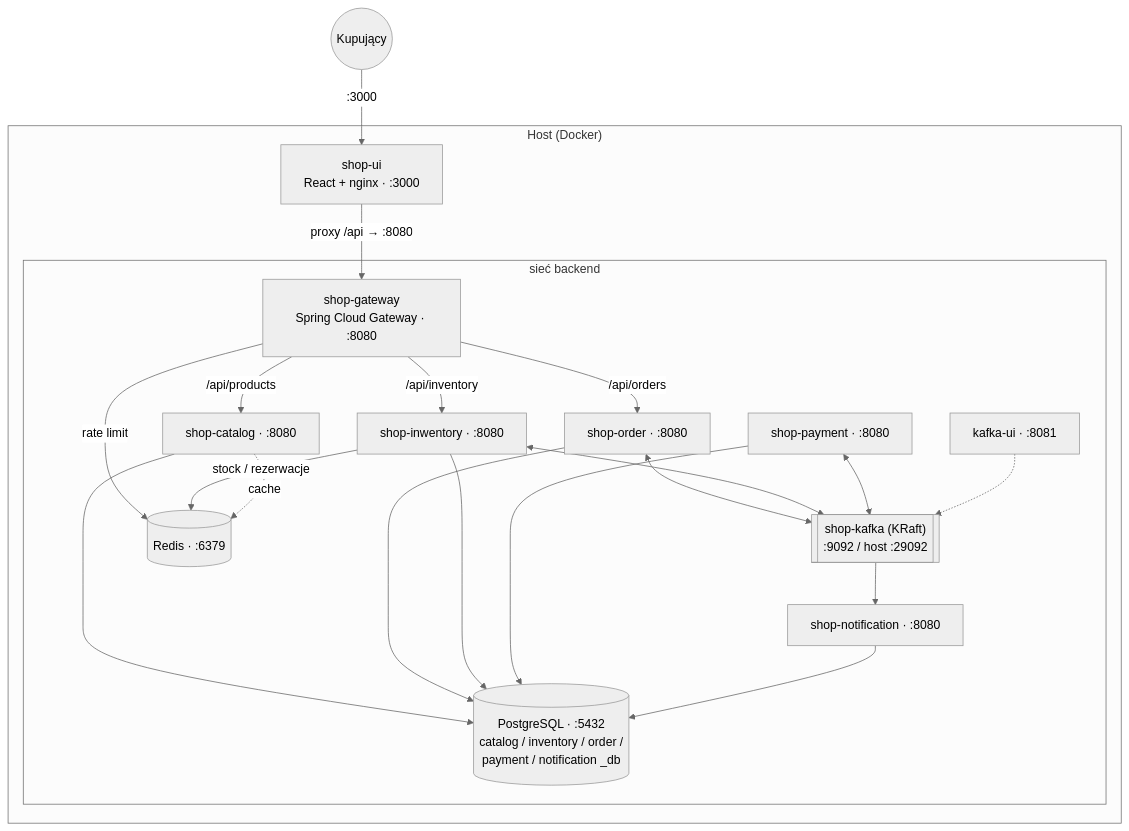
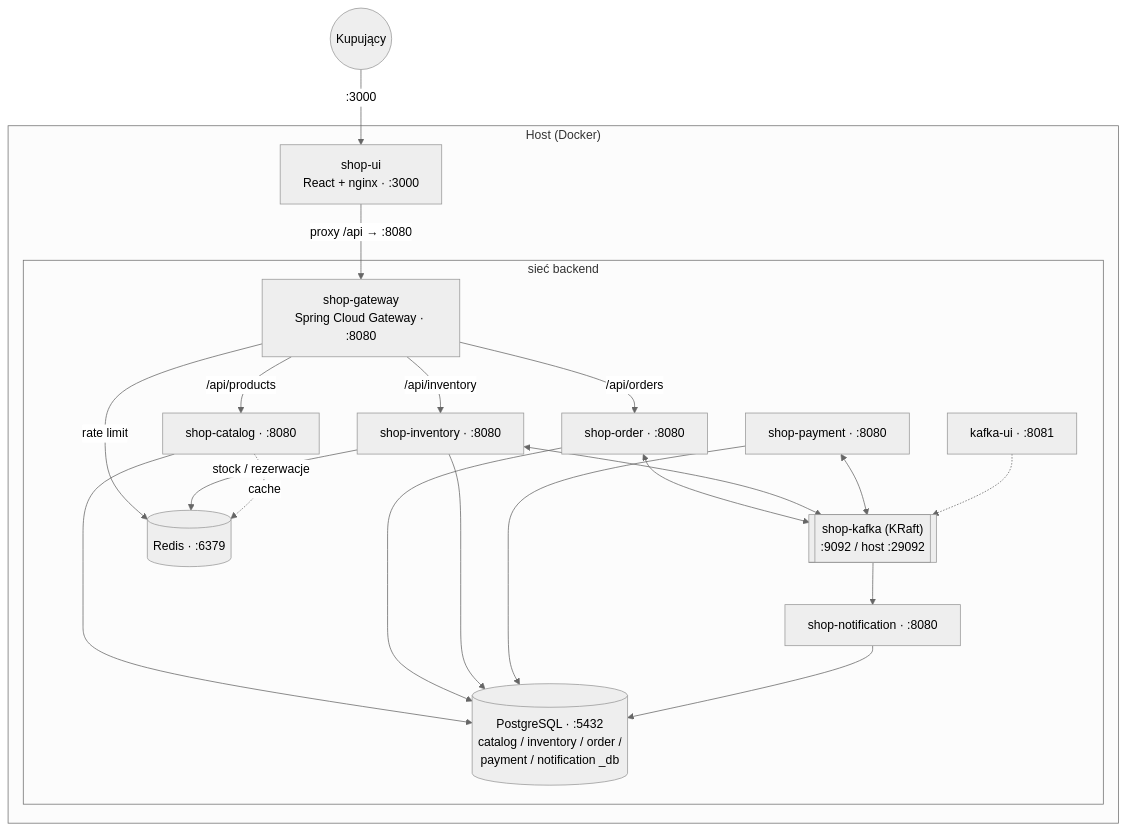
Before and after one commit to ai-bot-playground/shop-infra: the second of 6 diagrams in ARCHITECTURE.md, drawn with Mermaid (neutral theme). The commit also changed other lines of this file and 2 other files, not shown here.

Commit message:
Rename repo to shop-infra; update docs and compose for shop-inventory

````diff
--- a/ARCHITECTURE.md
+++ b/ARCHITECTURE.md
@@ -43,43 +43,43 @@
 ```mermaid
 graph TB
     buyer(("Kupujący"))
 
     subgraph host["Host (Docker)"]
         UI["shop-ui<br/>React + nginx · :3000"]
 
         subgraph backend["sieć backend"]
             GW["shop-gateway<br/>Spring Cloud Gateway · :8080"]
             CAT["shop-catalog · :8080"]
             ORD["shop-order · :8080"]
-            INV["shop-inwentory · :8080"]
+            INV["shop-inventory · :8080"]
             PAY["shop-payment · :8080"]
             NOT["shop-notification · :8080"]
             K[["shop-kafka (KRaft)<br/>:9092 / host :29092"]]
             KUI["kafka-ui · :8081"]
             PG[("PostgreSQL · :5432<br/>catalog / inventory / order /<br/>payment / notification _db")]
             RD[("Redis · :6379")]
         end
     end
 
     buyer -->|":3000"| UI
     UI -->|"proxy /api → :8080"| GW
 
     GW -->|"/api/products"| CAT
     GW -->|"/api/orders"| ORD
     GW -->|"/api/inventory"| INV
     GW -->|"rate limit"| RD
 
     CAT --> PG
     ORD --> PG
     INV --> PG
     PAY --> PG
     NOT --> PG
     INV -->|"stock / rezerwacje"| RD
     CAT -.->|"cache"| RD
 
     ORD <--> K
     INV <--> K
     PAY <--> K
     K --> NOT
     KUI -.-> K
 ```
````
